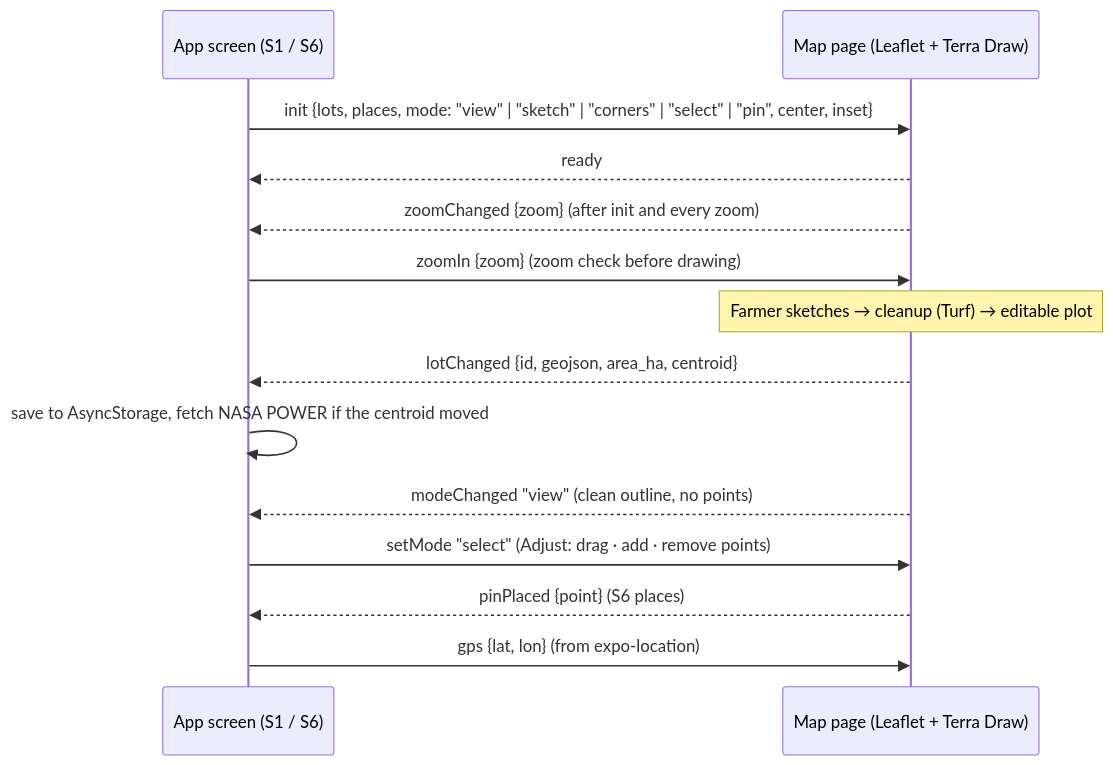
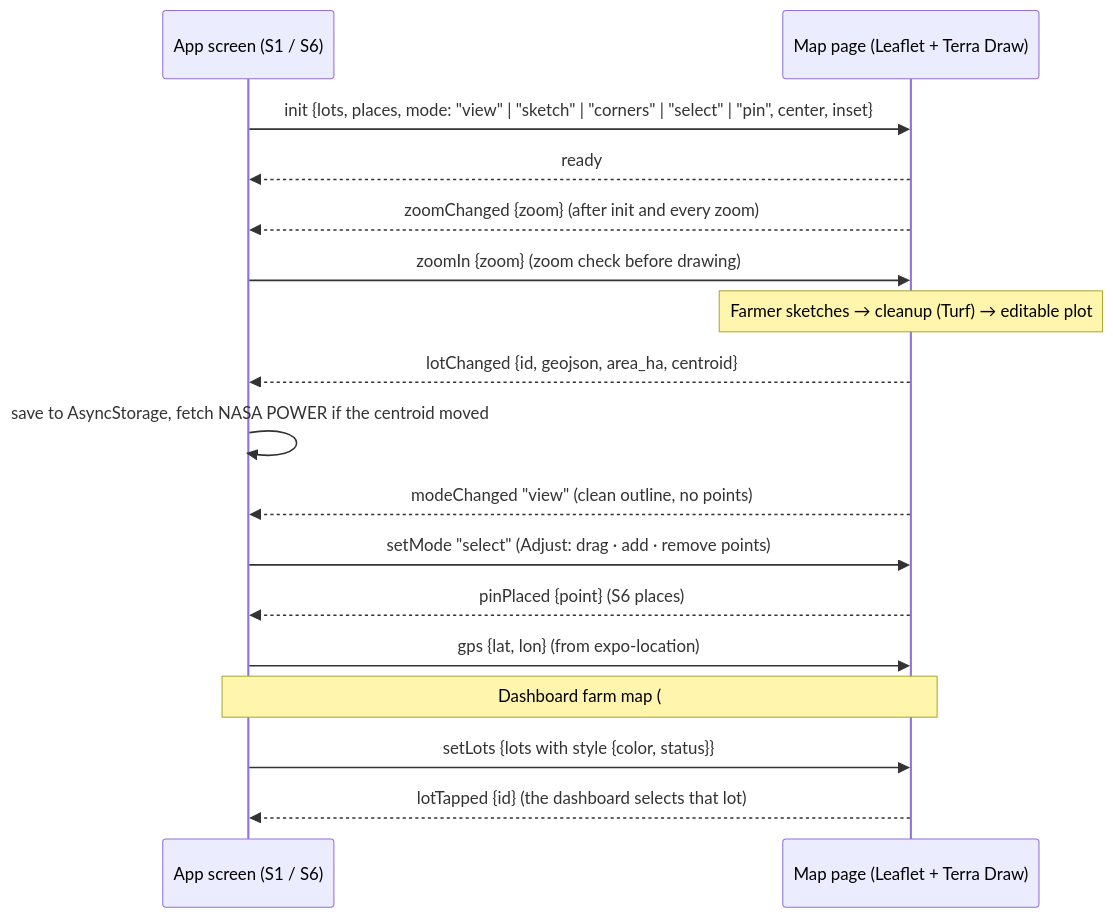
Before and after one commit to GENZ-PH/agrosprout: the third of 4 diagrams in docs/06-architecture.md, drawn with Mermaid. The commit also changed other lines of this file and 14 other files, not shown here.

First line of the commit message:
feat(dashboard): farm map with lots colored by crop fit (Refs #124)

````diff
--- a/docs/06-architecture.md
+++ b/docs/06-architecture.md
@@ -112,16 +112,19 @@
 ```mermaid
 sequenceDiagram
   participant App as App screen (S1 / S6)
   participant Map as Map page (Leaflet + Terra Draw)
   App->>Map: init {lots, places, mode: "view" | "sketch" | "corners" | "select" | "pin", center, inset}
   Map-->>App: ready
   Map-->>App: zoomChanged {zoom} (after init and every zoom)
   App->>Map: zoomIn {zoom} (zoom check before drawing)
   Note over Map: Farmer sketches → cleanup (Turf) → editable plot
   Map-->>App: lotChanged {id, geojson, area_ha, centroid}
   App->>App: save to AsyncStorage, fetch NASA POWER if the centroid moved
   Map-->>App: modeChanged "view" (clean outline, no points)
   App->>Map: setMode "select" (Adjust: drag · add · remove points)
   Map-->>App: pinPlaced {point} (S6 places)
   App->>Map: gps {lat, lon} (from expo-location)
+  Note over App,Map: Dashboard farm map (#124), read-only "view" mode
+  App->>Map: setLots {lots with style {color, status}}
+  Map-->>App: lotTapped {id} (the dashboard selects that lot)
 ```
````
